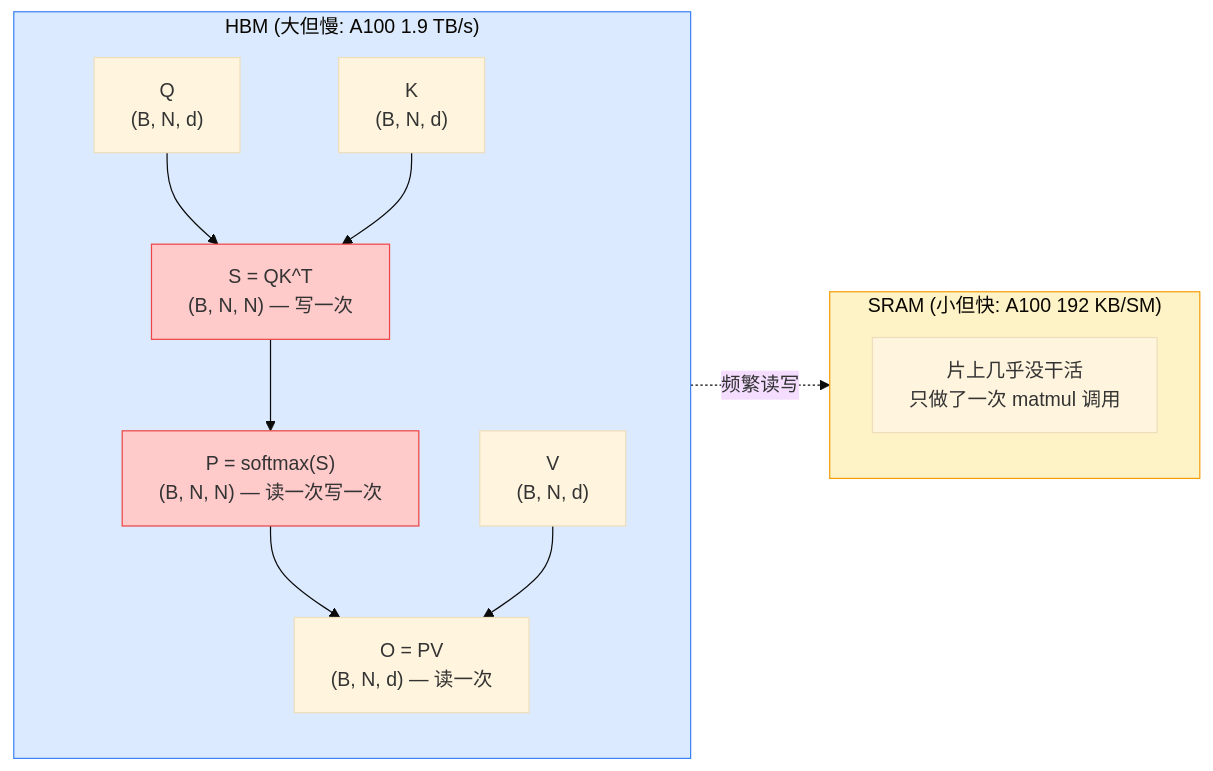
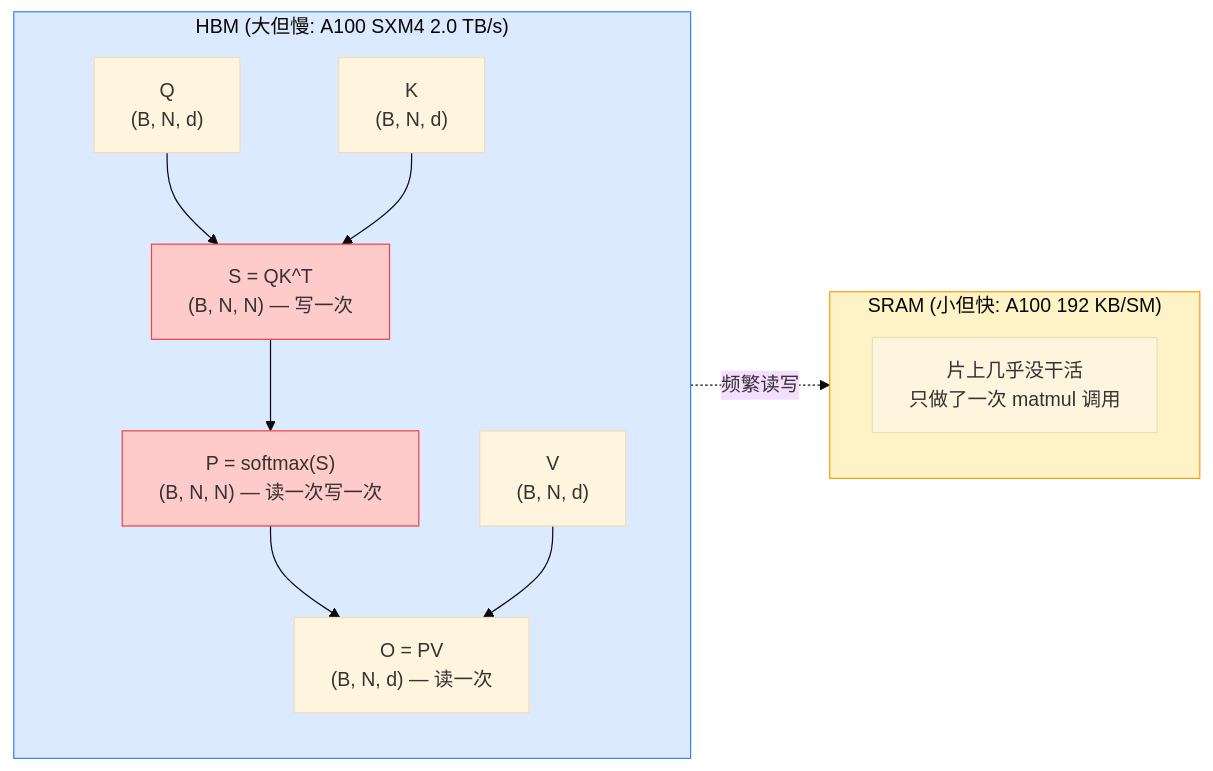
One commit to A1pha3/text-matrix changed the first of 2 diagrams in content/posts/tech/flash-attention-fast-exact-attention-guide.md. Above: the diagram before and after it, drawn with Mermaid (base theme). The commit also changed other lines of this file and 12 other files, not shown here.

````diff
--- a/content/posts/tech/flash-attention-fast-exact-attention-guide.md
+++ b/content/posts/tech/flash-attention-fast-exact-attention-guide.md
@@ -62,27 +62,27 @@
 ```mermaid
 flowchart LR
-    subgraph HBM ["HBM (大但慢: A100 1.9 TB/s)"]
+    subgraph HBM ["HBM (大但慢: A100 SXM4 2.0 TB/s)"]
         Q["Q<br/>(B, N, d)"]
         K["K<br/>(B, N, d)"]
         V["V<br/>(B, N, d)"]
         S["S = QK^T<br/>(B, N, N) — 写一次"]
         P["P = softmax(S)<br/>(B, N, N) — 读一次写一次"]
         O["O = PV<br/>(B, N, d) — 读一次"]
         Q --> S
         K --> S
         S --> P
         P --> O
         V --> O
     end
 
     subgraph SRAM ["SRAM (小但快: A100 192 KB/SM)"]
         Empty["片上几乎没干活<br/>只做了一次 matmul 调用"]
     end
 
     HBM -.频繁读写.-> SRAM
 
     style S fill:#fecaca,stroke:#ef4444
     style P fill:#fecaca,stroke:#ef4444
     style HBM fill:#dbeafe,stroke:#3b82f6
     style SRAM fill:#fef3c7,stroke:#f59e0b
 ```
````
